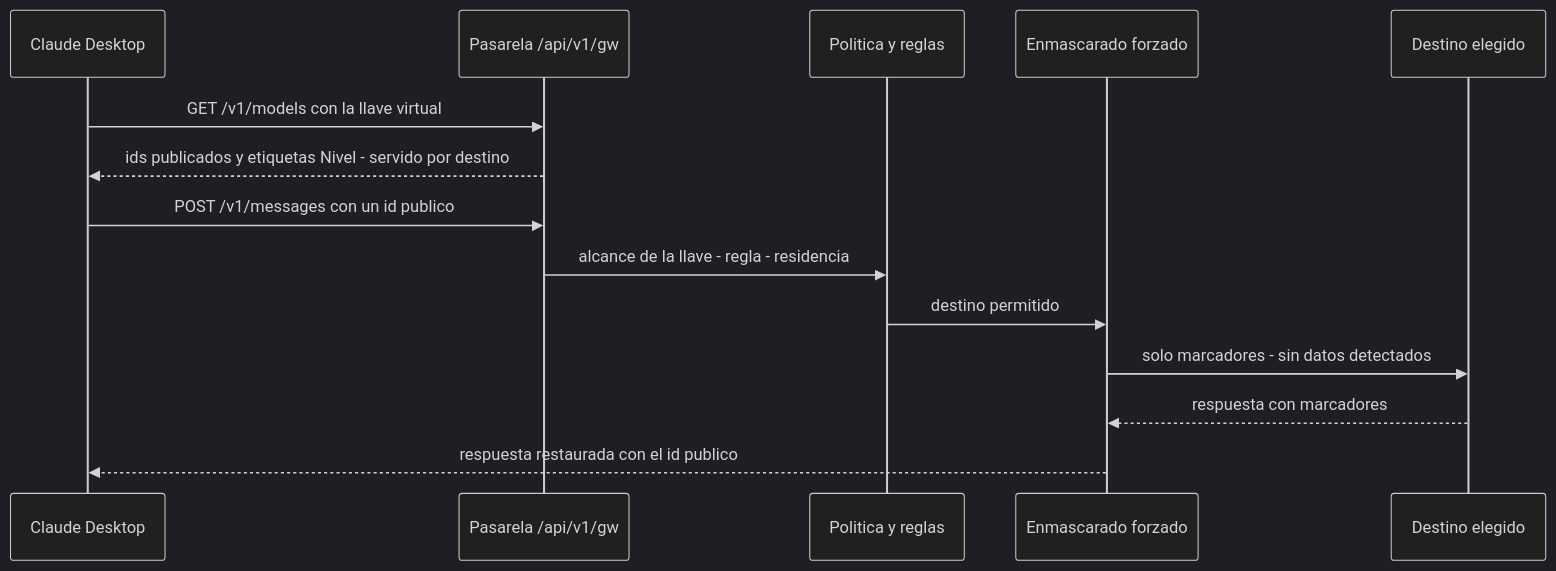
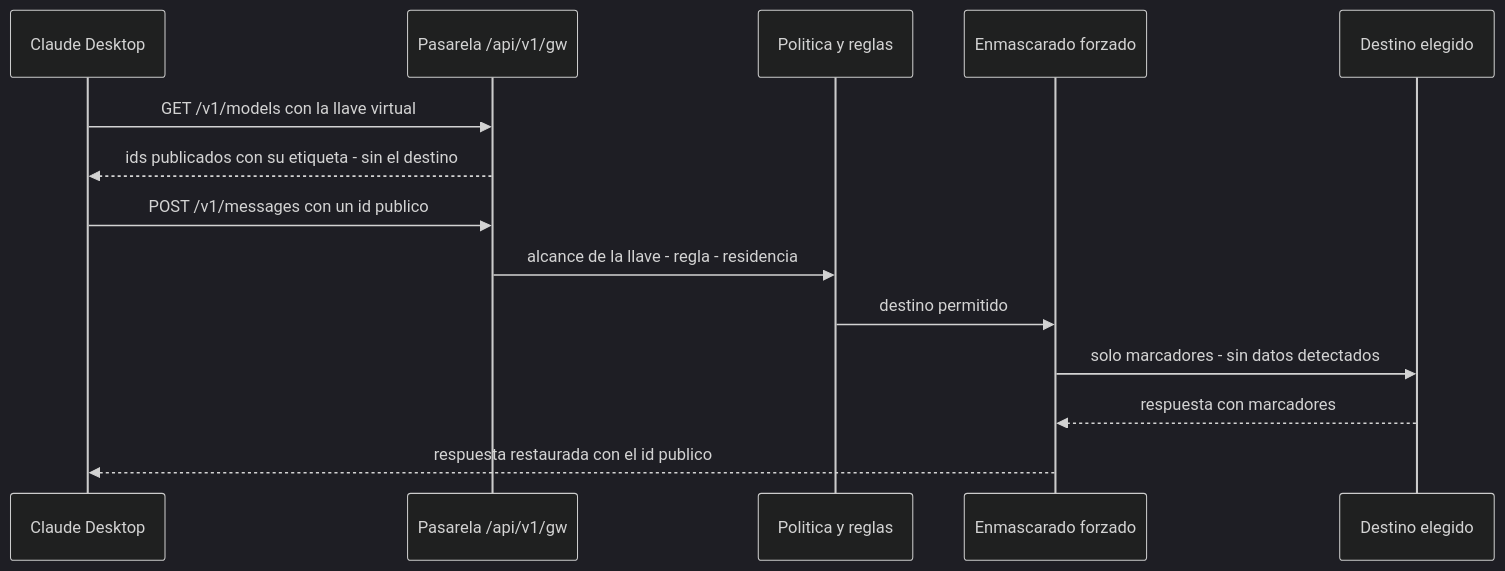
One commit to cluna-8/elea changed the diagram in docs/docs/integrations/claude-desktop.md. Above: the diagram before and after it, drawn with Mermaid (dark theme). The commit also changed other lines of this file and 30 other files, not shown here.

````diff
--- a/docs/docs/integrations/claude-desktop.md
+++ b/docs/docs/integrations/claude-desktop.md
@@ -30,17 +32,17 @@
 ```mermaid
 sequenceDiagram
     participant D as Claude Desktop
     participant G as Pasarela /api/v1/gw
     participant P as Politica y reglas
     participant M as Enmascarado forzado
     participant X as Destino elegido
 
     D->>G: GET /v1/models con la llave virtual
-    G-->>D: ids publicados y etiquetas Nivel - servido por destino
+    G-->>D: ids publicados con su etiqueta - sin el destino
     D->>G: POST /v1/messages con un id publico
     G->>P: alcance de la llave - regla - residencia
     P->>M: destino permitido
     M->>X: solo marcadores - sin datos detectados
     X-->>M: respuesta con marcadores
     M-->>D: respuesta restaurada con el id publico
 ```
````
